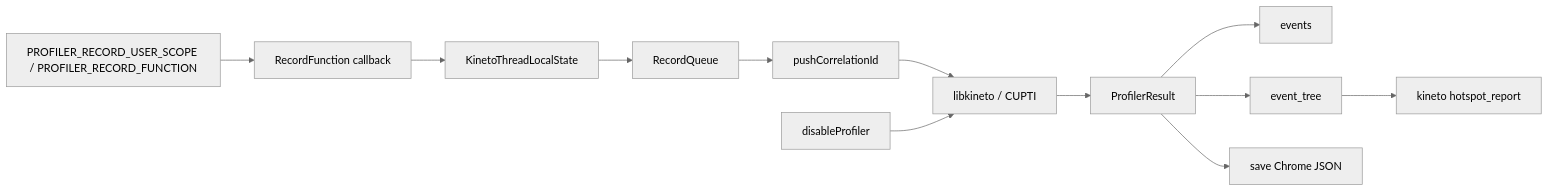
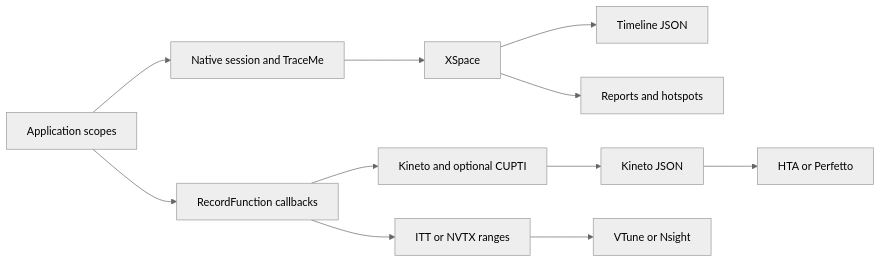
Before and after one commit to KhwarizmiAnalytix/Profiler: the diagram in docs/profiler.md, drawn with Mermaid (neutral theme). The commit also changed other lines of this file and 25 other files, not shown here.

Commit message:
Fix Windows CI and document Profiler and HTA workflows

````diff
--- a/docs/profiler.md
+++ b/docs/profiler.md
@@ -352,25 +402,13 @@
 ```mermaid
 flowchart LR
-  rec[PROFILER_RECORD_USER_SCOPE / PROFILER_RECORD_FUNCTION]
-  cb[RecordFunction callback]
-  tls[KinetoThreadLocalState]
-  rq[RecordQueue]
-  corr[pushCorrelationId]
-  cupti[libkineto / CUPTI]
-  disable[disableProfiler]
-  result[ProfilerResult]
-  events[events]
-  tree[event_tree]
-  save[save Chrome JSON]
-  hot[kineto hotspot_report]
-
-  rec --> cb --> tls --> rq
-  rq --> corr
-  corr --> cupti
-  disable --> cupti
-  cupti --> result
-  result --> events
-  result --> tree
-  result --> save
-  tree --> hot
+    A[Application scopes] --> N[Native session and TraceMe]
+    A --> R[RecordFunction callbacks]
+    N --> X[XSpace]
+    X --> T[Timeline JSON]
+    X --> P[Reports and hotspots]
+    R --> K[Kineto and optional CUPTI]
+    R --> I[ITT or NVTX ranges]
+    K --> J[Kineto JSON]
+    J --> H[HTA or Perfetto]
+    I --> E[VTune or Nsight]
 ```
````
